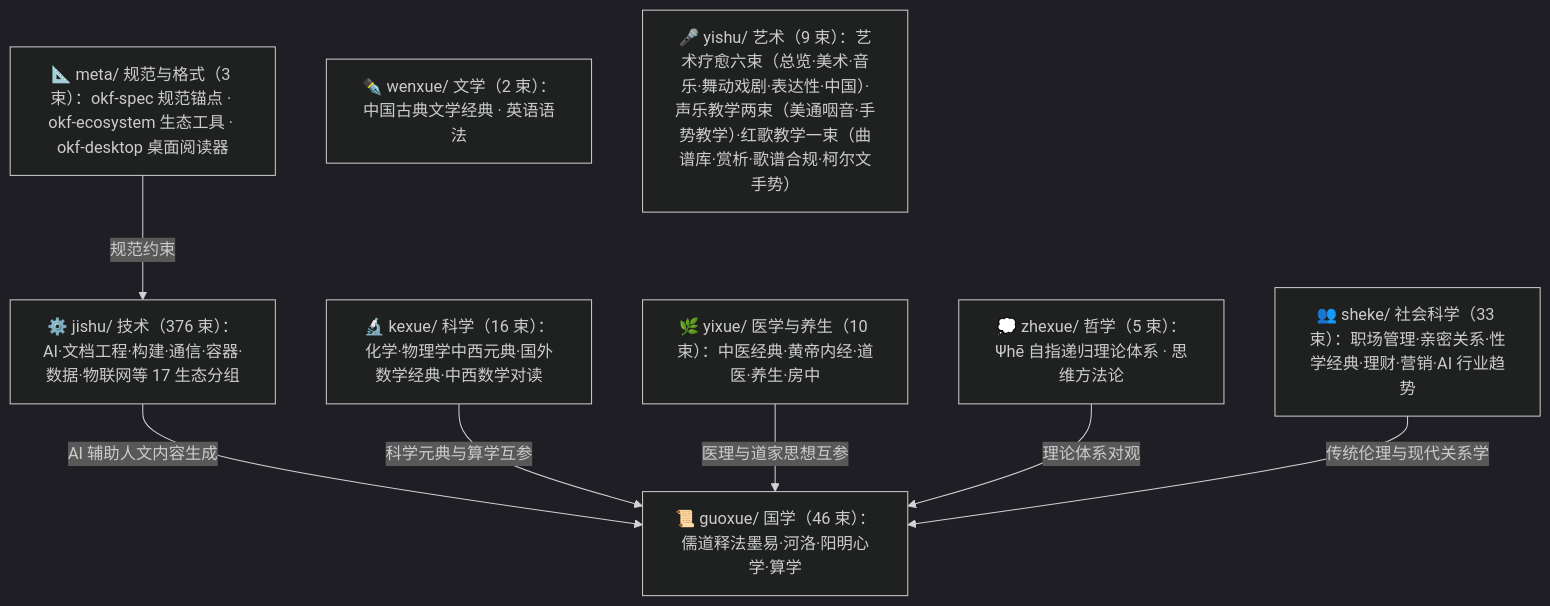
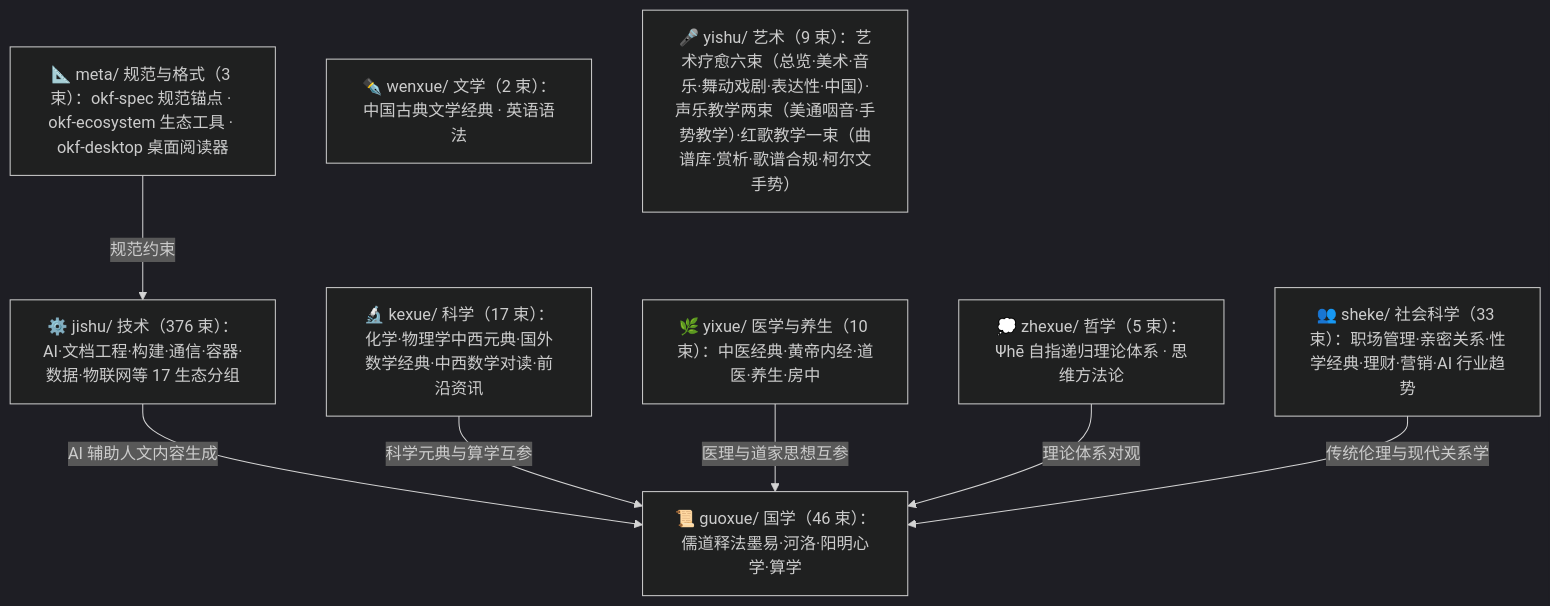
Before and after one commit to awesome-flexloop/awesome-okf: the diagram in doc/bundles/index.md, drawn with Mermaid (dark theme). The commit also changed other lines of this file and 2 other files, not shown here.

````diff
--- a/doc/bundles/index.md
+++ b/doc/bundles/index.md
@@ -21,18 +21,18 @@
 ```mermaid
 flowchart TD
     meta["📐 meta/ 规范与格式（3 束）：okf-spec 规范锚点 · okf-ecosystem 生态工具 · okf-desktop 桌面阅读器"]
     guoxue["📜 guoxue/ 国学（46 束）：儒道释法墨易·河洛·阳明心学·算学"]
     zhexue["💭 zhexue/ 哲学（5 束）：Ψhē 自指递归理论体系 · 思维方法论"]
-    kexue["🔬 kexue/ 科学（16 束）：化学·物理学中西元典·国外数学经典·中西数学对读"]
+    kexue["🔬 kexue/ 科学（17 束）：化学·物理学中西元典·国外数学经典·中西数学对读·前沿资讯"]
     wenxue["✒️ wenxue/ 文学（2 束）：中国古典文学经典 · 英语语法"]
     yixue["🌿 yixue/ 医学与养生（10 束）：中医经典·黄帝内经·道医·养生·房中"]
     sheke["👥 sheke/ 社会科学（33 束）：职场管理·亲密关系·性学经典·理财·营销·AI 行业趋势"]
     yishu["🎤 yishu/ 艺术（9 束）：艺术疗愈六束（总览·美术·音乐·舞动戏剧·表达性·中国）·声乐教学两束（美通咽音·手势教学）·红歌教学一束（曲谱库·赏析·歌谱合规·柯尔文手势）"]
     jishu["⚙️ jishu/ 技术（376 束）：AI·文档工程·构建·通信·容器·数据·物联网等 17 生态分组"]
     meta -->|"规范约束"| jishu
     jishu -->|"AI 辅助人文内容生成"| guoxue
     kexue -->|"科学元典与算学互参"| guoxue
     yixue -->|"医理与道家思想互参"| guoxue
     zhexue -->|"理论体系对观"| guoxue
     sheke -->|"传统伦理与现代关系学"| guoxue
 ```
````
